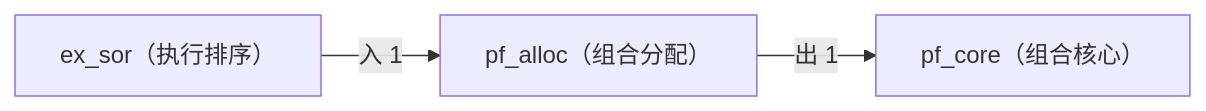
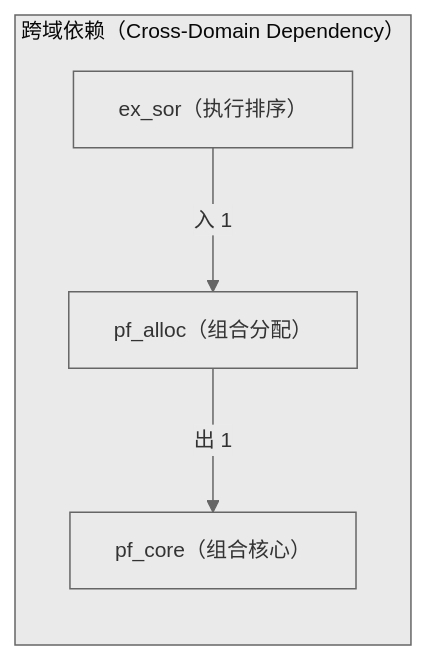
Before and after one commit to xuanFelixVan/ZephyrAlpha: the second of 2 diagrams in docs/02_enterprise_architecture/06_decision_architecture/16_decision_l3_pf_alloc.md, drawn with Mermaid. The commit also changed other lines of this file and 23 other files, not shown here.

First line of the commit message:
fix(decision-diagram): mermaid 图加 subgraph 容器 + clusterBkg 主题变量

````diff
--- a/docs/02_enterprise_architecture/06_decision_architecture/16_decision_l3_pf_alloc.md
+++ b/docs/02_enterprise_architecture/06_decision_architecture/16_decision_l3_pf_alloc.md
@@ -94,8 +95,11 @@
 ```mermaid
+%%{init: {'theme': 'base', 'themeVariables': {'primaryColor': '#eaeaea', 'primaryTextColor': '#333333', 'primaryBorderColor': '#666666', 'lineColor': '#666666', 'clusterBkg': '#eaeaea', 'clusterBorder': '#666666', 'fontSize': '14px'}}}%%
 flowchart LR
-    SELF["pf_alloc（组合分配）"]
-    EXT_pf_core["pf_core（组合核心）"]
-    SELF -->|出 1| EXT_pf_core
-    EXT_ex_sor["ex_sor（执行排序）"]
-    EXT_ex_sor -->|入 1| SELF
+    subgraph cd_sg["跨域依赖（Cross-Domain Dependency）"]
+        SELF["pf_alloc（组合分配）"]
+        EXT_pf_core["pf_core（组合核心）"]
+        SELF -->|出 1| EXT_pf_core
+        EXT_ex_sor["ex_sor（执行排序）"]
+        EXT_ex_sor -->|入 1| SELF
+    end
 ```
````
